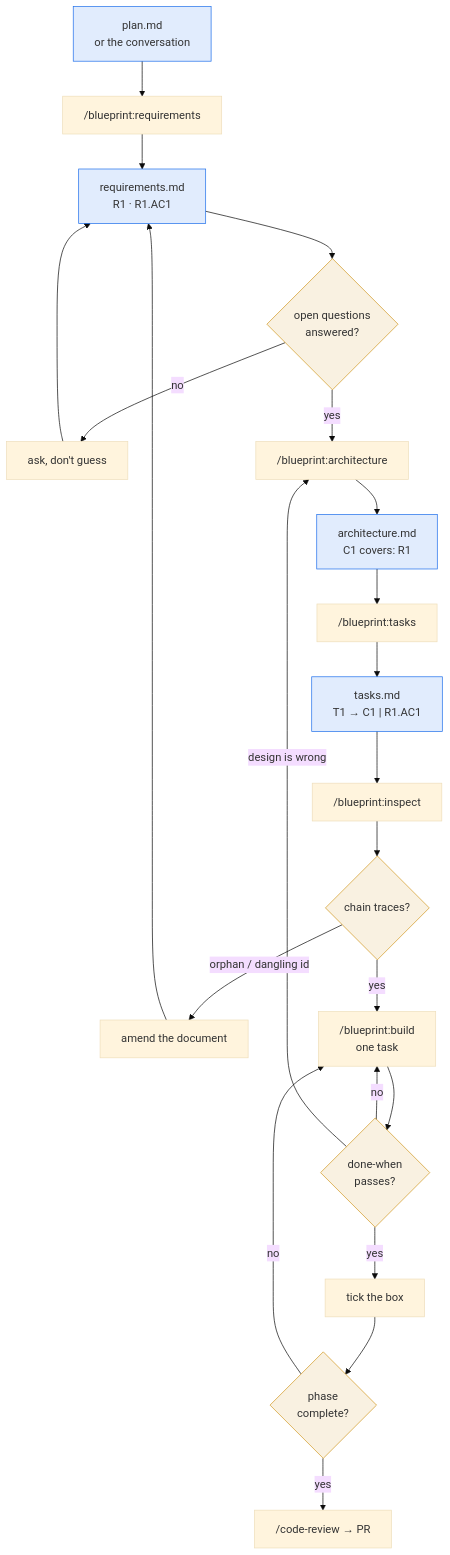
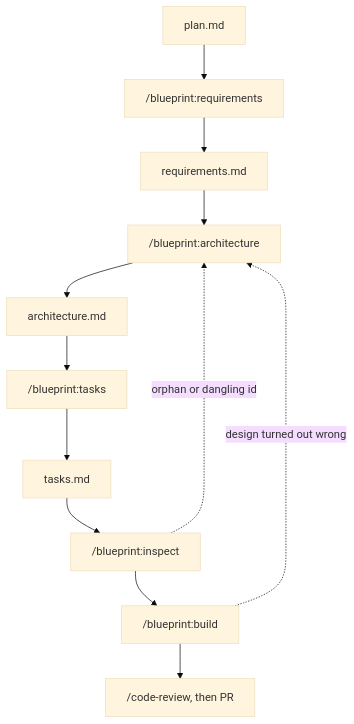
The diagram in README.md (adezdev/blueprint), drawn with Mermaid (base theme) before and after one commit. The commit also changed other lines of this file, not shown here.

Commit message:
docs: tighten readme and simplify flow diagram

````diff
--- a/README.md
+++ b/README.md
@@ -53,33 +24,15 @@
 ```mermaid
 flowchart TD
-    plan["plan.md<br/>or the conversation"] --> req
+    plan[plan.md] --> R["/blueprint:requirements"]
+    R --> Rmd[requirements.md]
+    Rmd --> A["/blueprint:architecture"]
+    A --> Amd[architecture.md]
+    Amd --> T["/blueprint:tasks"]
+    T --> Tmd[tasks.md]
+    Tmd --> I["/blueprint:inspect"]
+    I --> B["/blueprint:build"]
+    B --> PR["/code-review, then PR"]
 
-    req["/blueprint:requirements"] --> reqmd["requirements.md<br/>R1 · R1.AC1"]
-    reqmd --> gate1{"open questions<br/>answered?"}
-    gate1 -->|no| ask["ask, don't guess"]
-    ask --> reqmd
-
-    gate1 -->|yes| arch["/blueprint:architecture"]
-    arch --> archmd["architecture.md<br/>C1 covers: R1"]
-    archmd --> tsk["/blueprint:tasks"]
-    tsk --> tskmd["tasks.md<br/>T1 → C1 #124; R1.AC1"]
-
-    tskmd --> insp["/blueprint:inspect"]
-    insp --> gate2{"chain traces?"}
-    gate2 -->|"orphan / dangling id"| amend["amend the document"]
-    amend --> reqmd
-
-    gate2 -->|yes| build["/blueprint:build<br/>one task"]
-    build --> gate3{"done-when<br/>passes?"}
-    gate3 -->|no| build
-    gate3 -->|"design is wrong"| arch
-    gate3 -->|yes| tick["tick the box"]
-    tick --> gate4{"phase<br/>complete?"}
-    gate4 -->|no| build
-    gate4 -->|yes| pr["/code-review → PR"]
-
-    classDef doc fill:#1f6feb22,stroke:#1f6feb,stroke-width:1px
-    classDef gate fill:#d2992222,stroke:#d29922,stroke-width:1px
-    class reqmd,archmd,tskmd,plan doc
-    class gate1,gate2,gate3,gate4 gate
+    I -.->|orphan or dangling id| A
+    B -.->|design turned out wrong| A
 ```
````
